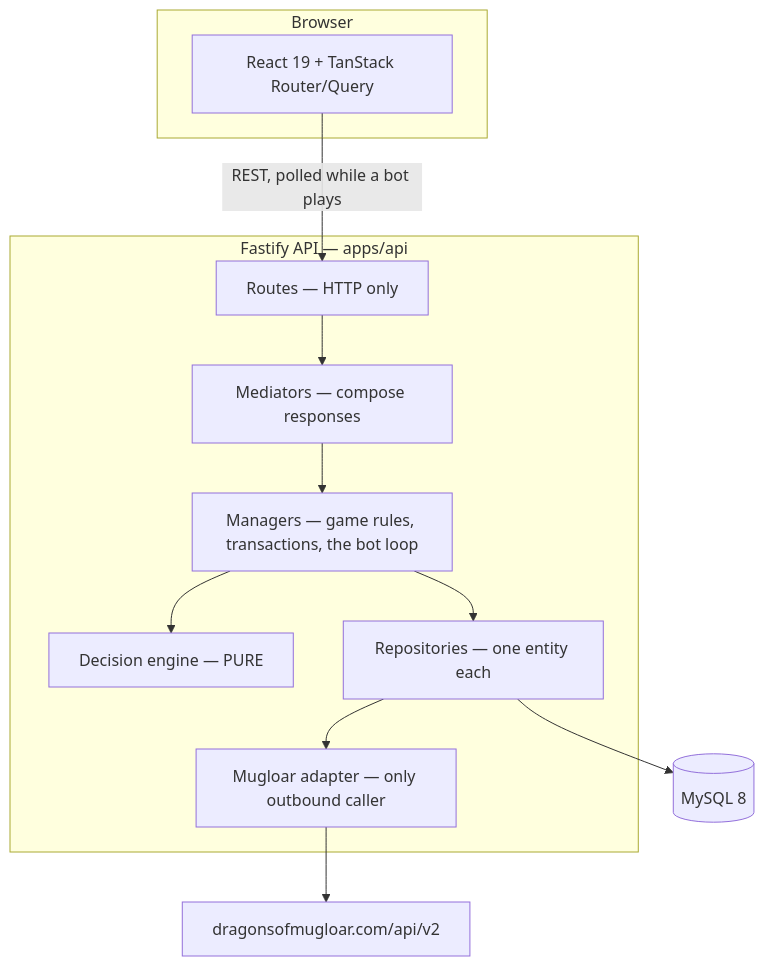
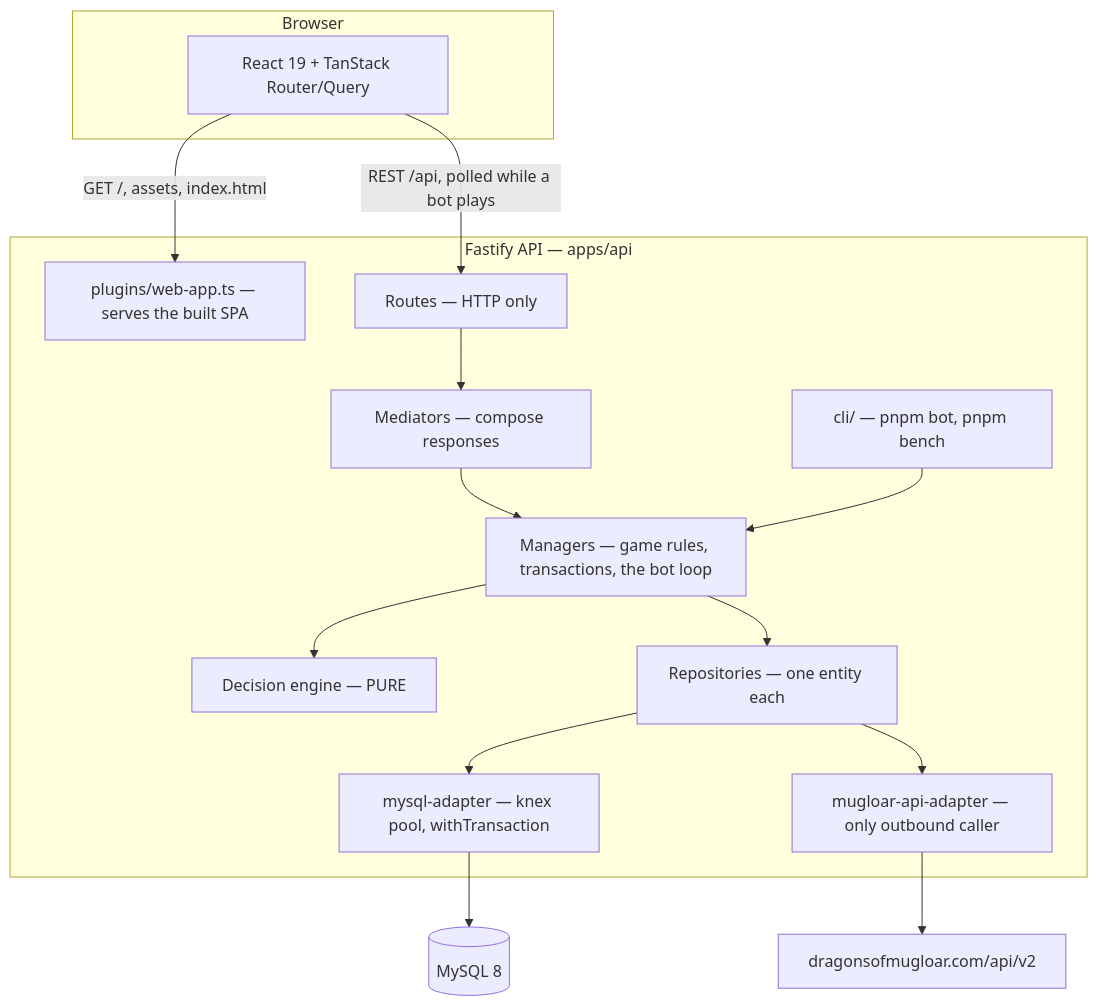
The diagram in docs/agent_docs/architecture.md (eazygood/dragons_game), drawn with Mermaid before and after one commit. The commit also changed other lines of this file and 269 other files, not shown here.

````diff
--- a/docs/agent_docs/architecture.md
+++ b/docs/agent_docs/architecture.md
@@ -9,24 +9,30 @@
 ```mermaid
 flowchart TB
     subgraph browser["Browser"]
         UI["React 19 + TanStack Router/Query"]
     end
 
     subgraph api["Fastify API — apps/api"]
+        WEB["plugins/web-app.ts — serves the built SPA"]
         R["Routes — HTTP only"]
+        CLI["cli/ — pnpm bot, pnpm bench"]
         MED["Mediators — compose responses"]
         MAN["Managers — game rules, transactions, the bot loop"]
         ENG["Decision engine — PURE"]
         REPO["Repositories — one entity each"]
-        ADP["Mugloar adapter — only outbound caller"]
+        MYA["mysql-adapter — knex pool, withTransaction"]
+        ADP["mugloar-api-adapter — only outbound caller"]
     end
 
     DB[("MySQL 8")]
     EXT["dragonsofmugloar.com/api/v2"]
 
-    UI -->|"REST, polled while a bot plays"| R
+    UI -->|"GET /, assets, index.html"| WEB
+    UI -->|"REST /api, polled while a bot plays"| R
     R --> MED --> MAN
+    CLI --> MAN
     MAN --> ENG
-    MAN --> REPO --> DB
+    MAN --> REPO
+    REPO --> MYA --> DB
     REPO --> ADP --> EXT
 ```
````
